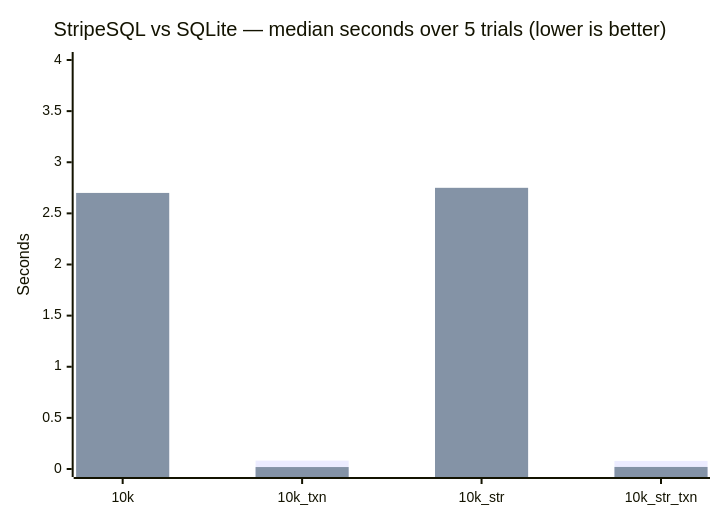
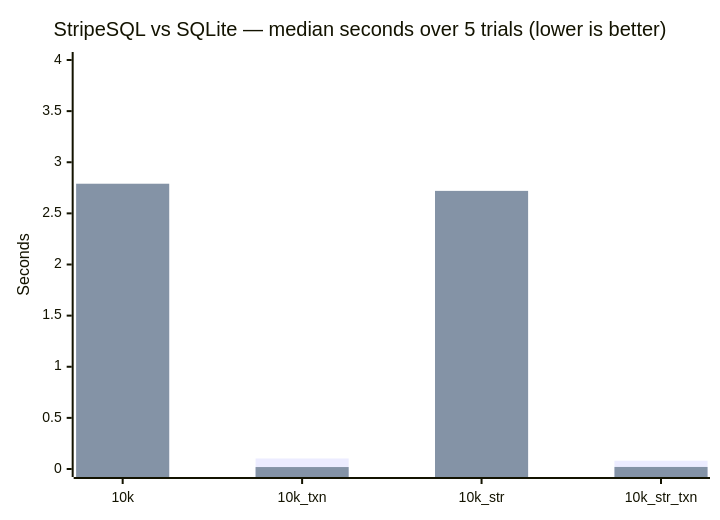
The diagram in README.md (ekothavale/StripeSQL), drawn with Mermaid before and after one commit. The commit also changed other lines of this file and 12 other files, not shown here.

````diff
--- a/README.md
+++ b/README.md
@@ -345,8 +345,8 @@
 ```mermaid
 xychart-beta
     title "StripeSQL vs SQLite — median seconds over 5 trials (lower is better)"
     x-axis ["10k", "10k_txn", "10k_str", "10k_str_txn"]
     y-axis "Seconds" 0 --> 4
-    bar "StripeSQL" [2.44, 0.082, 2.47, 0.079]
-    bar "SQLite" [2.70, 0.019, 2.75, 0.020]
+    bar "StripeSQL" [2.44, 0.103, 2.42, 0.081]
+    bar "SQLite" [2.79, 0.019, 2.72, 0.020]
 ```
````
